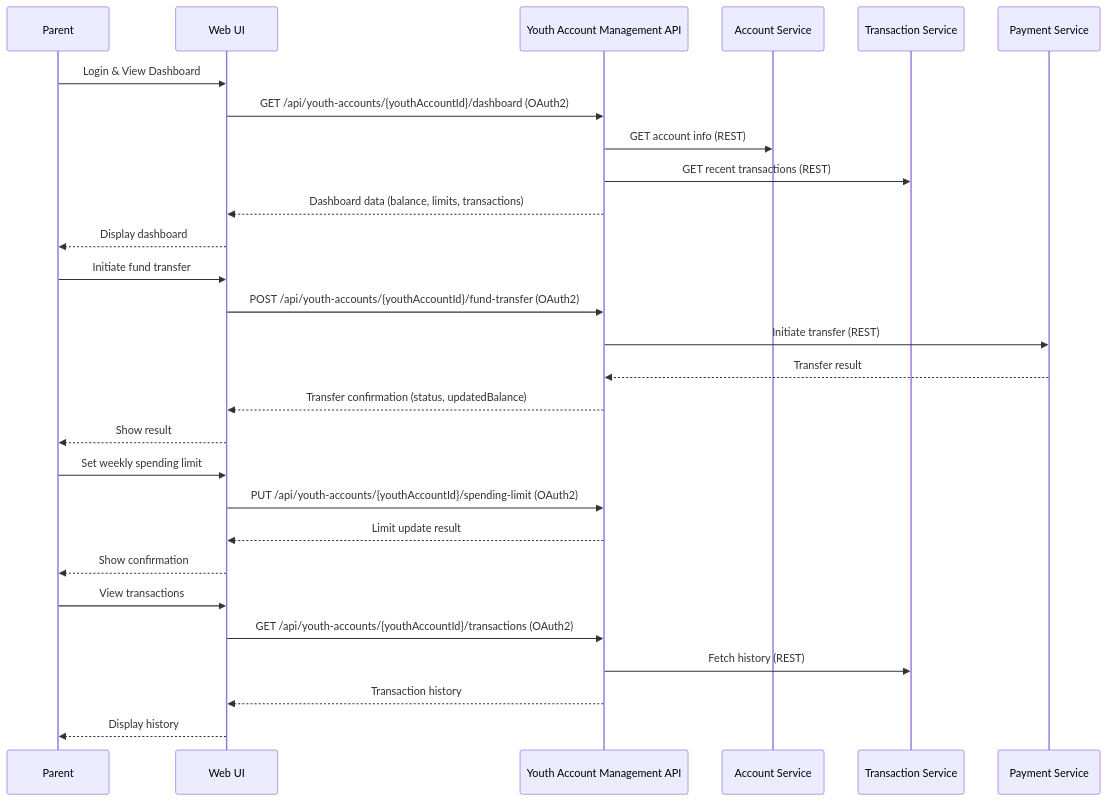
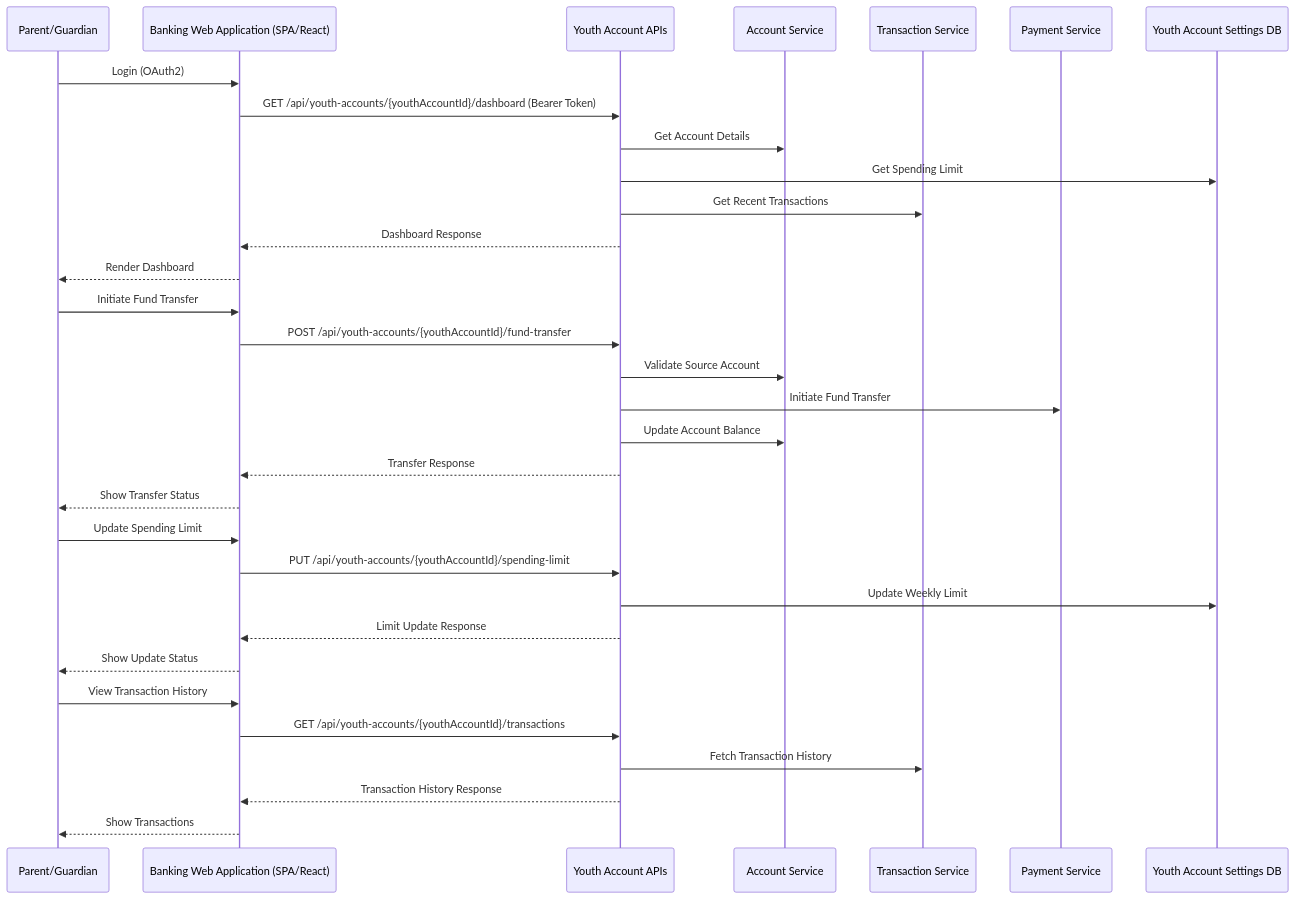
One commit to Ascend-Krithi/SCIB-Inception changed the diagram in Components and Sequence Diagrams/sequence_diagram.mmd. Above: the diagram before and after it, drawn with Mermaid. The commit also changed 1 other file, not shown here.

```diff
--- a/Components and Sequence Diagrams/sequence_diagram.mmd
+++ b/Components and Sequence Diagrams/sequence_diagram.mmd
@@ -1,37 +1,41 @@
-%% Sequence Diagram for Youth Account Management API (Mermaid)
+%% Sequence Diagram: Parent-Youth Account Management
 sequenceDiagram
-  participant Parent
-  participant UI as Web UI
-  participant API as Youth Account Management API
-  participant Account as Account Service
-  participant Transaction as Transaction Service
-  participant Payment as Payment Service
+  participant Parent as Parent/Guardian
+  participant WebApp as Banking Web Application (SPA/React)
+  participant API as Youth Account APIs
+  participant AccountSvc as Account Service
+  participant TransSvc as Transaction Service
+  participant PaymentSvc as Payment Service
+  participant SettingsDB as Youth Account Settings DB
 
-  %% Dashboard retrieval
-  Parent->>UI: Login & View Dashboard
-  UI->>API: GET /api/youth-accounts/{youthAccountId}/dashboard (OAuth2)
-  API->>Account: GET account info (REST)
-  API->>Transaction: GET recent transactions (REST)
-  API-->>UI: Dashboard data (balance, limits, transactions)
-  UI-->>Parent: Display dashboard
+  %% Dashboard Access
+  Parent->>WebApp: Login (OAuth2)
+  WebApp->>API: GET /api/youth-accounts/{youthAccountId}/dashboard (Bearer Token)
+  API->>AccountSvc: Get Account Details
+  API->>SettingsDB: Get Spending Limit
+  API->>TransSvc: Get Recent Transactions
+  API-->>WebApp: Dashboard Response
+  WebApp-->>Parent: Render Dashboard
 
-  %% Fund transfer
-  Parent->>UI: Initiate fund transfer
-  UI->>API: POST /api/youth-accounts/{youthAccountId}/fund-transfer (OAuth2)
-  API->>Payment: Initiate transfer (REST)
-  Payment-->>API: Transfer result
-  API-->>UI: Transfer confirmation (status, updatedBalance)
-  UI-->>Parent: Show result
+  %% Fund Transfer
+  Parent->>WebApp: Initiate Fund Transfer
+  WebApp->>API: POST /api/youth-accounts/{youthAccountId}/fund-transfer
+  API->>AccountSvc: Validate Source Account
+  API->>PaymentSvc: Initiate Fund Transfer
+  API->>AccountSvc: Update Account Balance
+  API-->>WebApp: Transfer Response
+  WebApp-->>Parent: Show Transfer Status
 
-  %% Set spending limit
-  Parent->>UI: Set weekly spending limit
-  UI->>API: PUT /api/youth-accounts/{youthAccountId}/spending-limit (OAuth2)
-  API-->>UI: Limit update result
-  UI-->>Parent: Show confirmation
+  %% Update Spending Limit
+  Parent->>WebApp: Update Spending Limit
+  WebApp->>API: PUT /api/youth-accounts/{youthAccountId}/spending-limit
+  API->>SettingsDB: Update Weekly Limit
+  API-->>WebApp: Limit Update Response
+  WebApp-->>Parent: Show Update Status
 
-  %% Transaction history
-  Parent->>UI: View transactions
-  UI->>API: GET /api/youth-accounts/{youthAccountId}/transactions (OAuth2)
-  API->>Transaction: Fetch history (REST)
-  API-->>UI: Transaction history
-  UI-->>Parent: Display history
+  %% Transaction History
+  Parent->>WebApp: View Transaction History
+  WebApp->>API: GET /api/youth-accounts/{youthAccountId}/transactions
+  API->>TransSvc: Fetch Transaction History
+  API-->>WebApp: Transaction History Response
+  WebApp-->>Parent: Show Transactions
```
